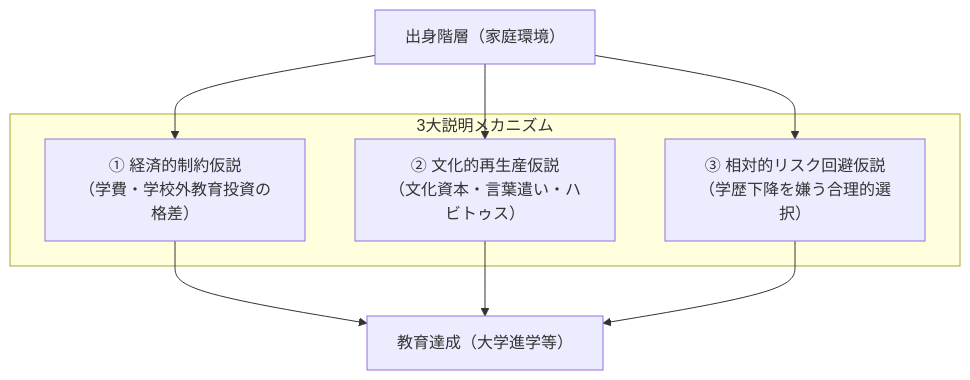
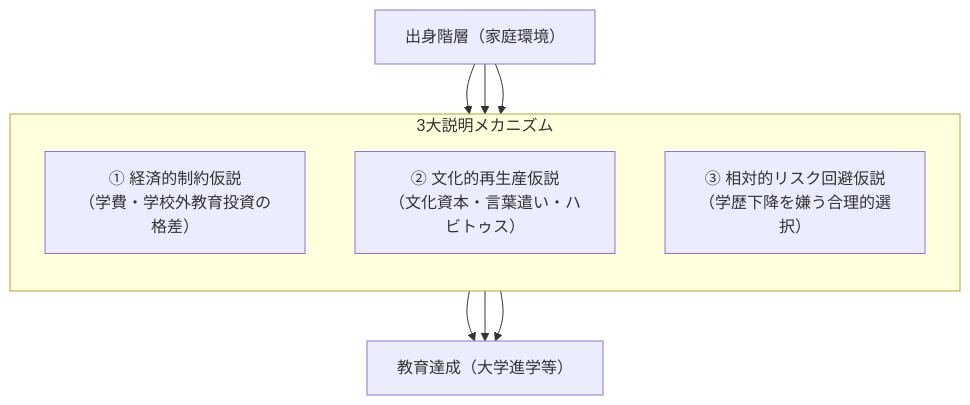
One commit to TakenoriKonaka/lec2026-Rikkyo-SoE changed the second of 2 diagrams in Selection_Stratification_slide.qmd. Above: the diagram before and after it, drawn with Mermaid. The commit also changed other lines of this file and 49 other files, not shown here.

````diff
--- a/Selection_Stratification_slide.qmd
+++ b/Selection_Stratification_slide.qmd
@@ -92,16 +87,21 @@
 ```mermaid
 graph TD
     O["出身階層（家庭環境）"]
     
-    subgraph 3大説明メカニズム
+    subgraph M["3大説明メカニズム"]
+        direction TB
         M1["① 経済的制約仮説<br>（学費・学校外教育投資の格差）"]
         M2["② 文化的再生産仮説<br>（文化資本・言葉遣い・ハビトゥス）"]
         M3["③ 相対的リスク回避仮説<br>（学歴下降を嫌う合理的選択）"]
     end
     
     E["教育達成（大学進学等）"]
 
-    O --> M1 --> E
-    O --> M2 --> E
-    O --> M3 --> E
+    O --> M1
+    O --> M2
+    O --> M3
+    
+    M1 --> E
+    M2 --> E
+    M3 --> E
 ```
````
